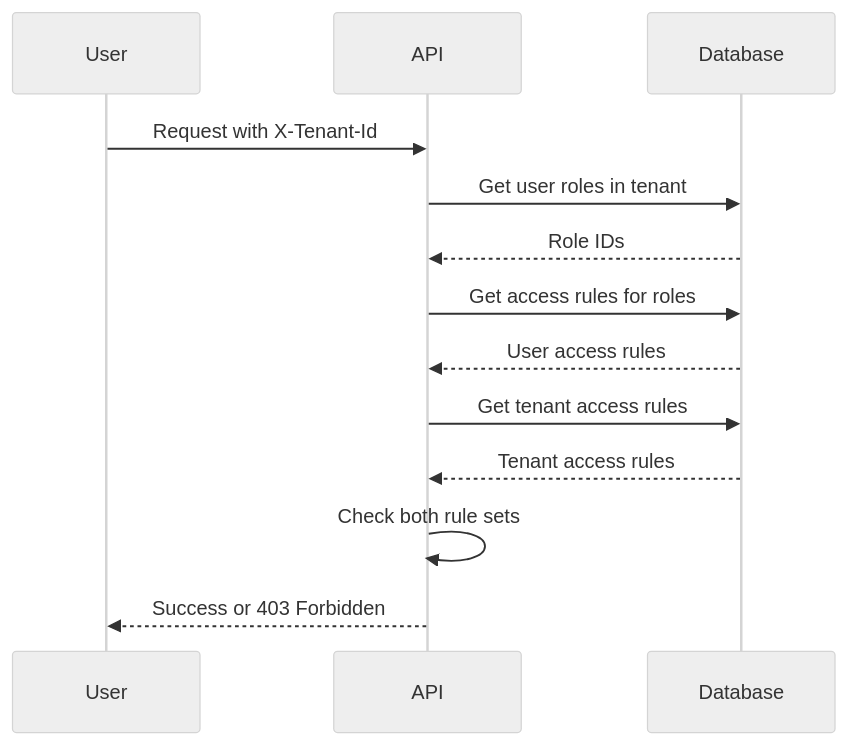
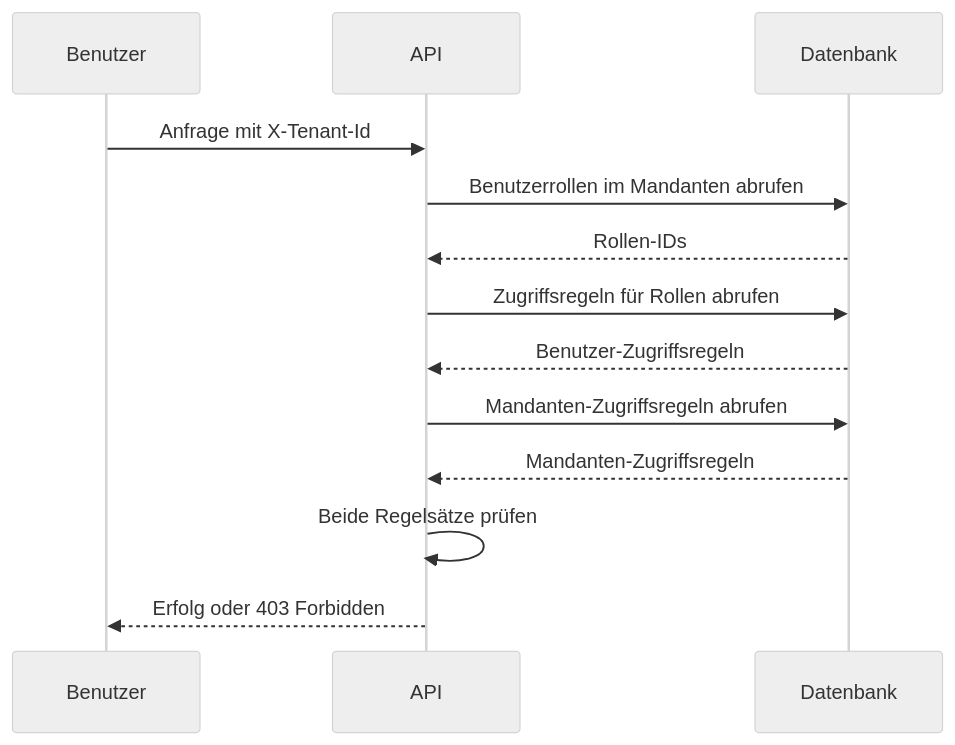
Before and after one commit to bbvch-ai/aihub-core: the diagram in docs/docs/2_platform/16_multi_tenancy/4_access_control/index.de.md, drawn with Mermaid (neutral theme). The commit also changed other lines of this file and 11 other files, not shown here.

First line of the commit message:
fix(docs): Correct terminology and improve clarity in API and integration architecture documentation

````diff
--- a/docs/docs/2_platform/16_multi_tenancy/4_access_control/index.de.md
+++ b/docs/docs/2_platform/16_multi_tenancy/4_access_control/index.de.md
@@ -55,16 +51,16 @@
 ```mermaid
 sequenceDiagram
-    participant User
+    participant Benutzer
     participant API
-    participant Database
+    participant Datenbank
 
-    User->>API: Request with X-Tenant-Id
-    API->>Database: Get user roles in tenant
-    Database-->>API: Role IDs
-    API->>Database: Get access rules for roles
-    Database-->>API: User access rules
-    API->>Database: Get tenant access rules
-    Database-->>API: Tenant access rules
-    API->>API: Check both rule sets
-    API-->>User: Success or 403 Forbidden
+    Benutzer->>API: Anfrage mit X-Tenant-Id
+    API->>Datenbank: Benutzerrollen im Mandanten abrufen
+    Datenbank-->>API: Rollen-IDs
+    API->>Datenbank: Zugriffsregeln für Rollen abrufen
+    Datenbank-->>API: Benutzer-Zugriffsregeln
+    API->>Datenbank: Mandanten-Zugriffsregeln abrufen
+    Datenbank-->>API: Mandanten-Zugriffsregeln
+    API->>API: Beide Regelsätze prüfen
+    API-->>Benutzer: Erfolg oder 403 Forbidden
 ```
````
